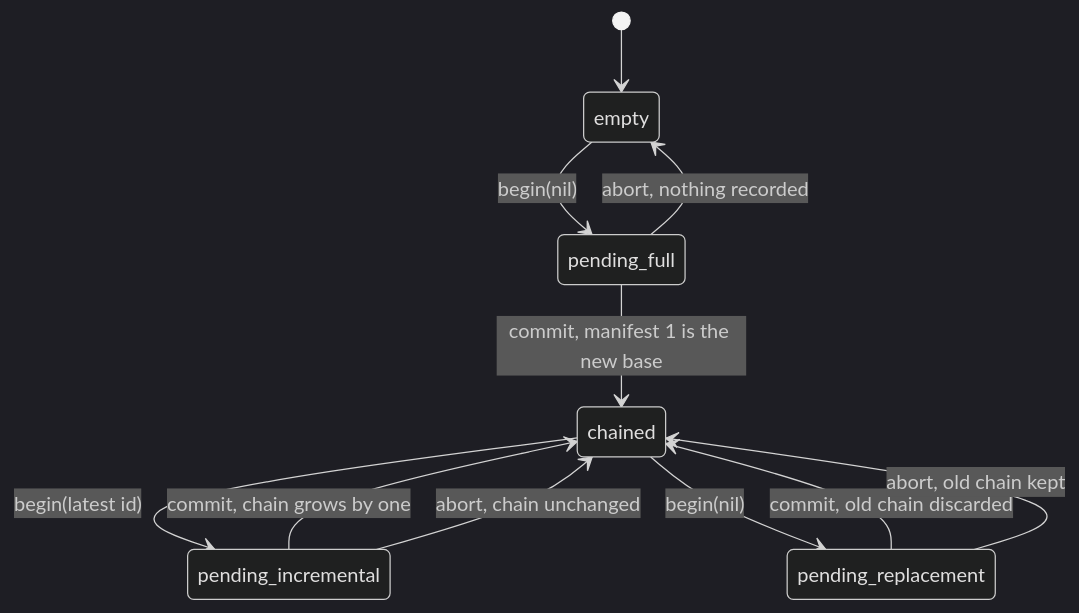
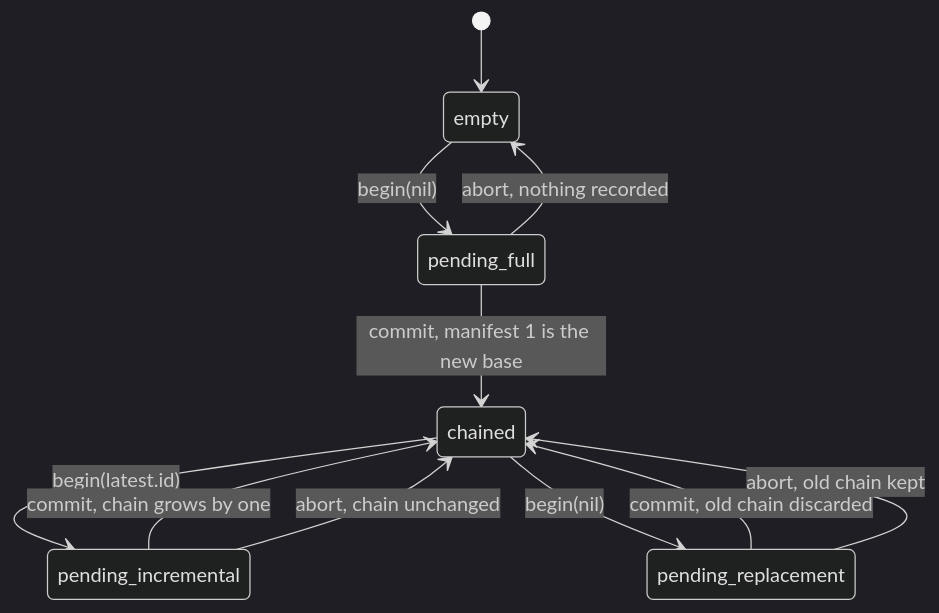
The first of 2 diagrams in README.md (seuros/snapshot_machines), drawn with Mermaid (dark theme) before and after one commit. The commit also changed other lines of this file and 24 other files, not shown here.

````diff
--- a/README.md
+++ b/README.md
@@ -59,13 +62,13 @@
 ```mermaid
 stateDiagram-v2
     [*] --> empty
     empty --> pending_full: begin(nil)
     pending_full --> chained: commit, manifest 1 is the new base
     pending_full --> empty: abort, nothing recorded
-    chained --> pending_incremental: begin(latest id)
+    chained --> pending_incremental: begin(latest.id)
     pending_incremental --> chained: commit, chain grows by one
     pending_incremental --> chained: abort, chain unchanged
     chained --> pending_replacement: begin(nil)
     pending_replacement --> chained: commit, old chain discarded
     pending_replacement --> chained: abort, old chain kept
 ```
````
